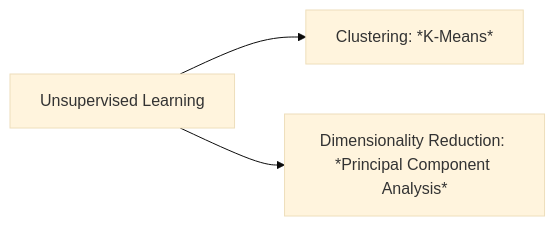
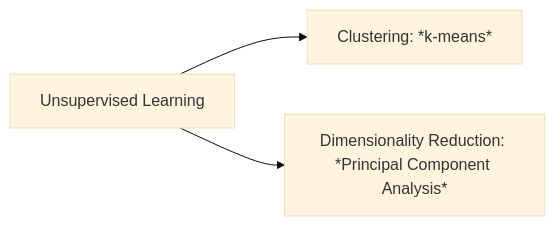
One commit to mciwing/mciwing.github.io changed the fourth of 4 diagrams in docs/data-science/algorithms/index.md. Above: the diagram before and after it, drawn with Mermaid (base theme). The commit also changed other lines of this file, not shown here.

````diff
--- a/docs/data-science/algorithms/index.md
+++ b/docs/data-science/algorithms/index.md
@@ -285,5 +312,5 @@
 ``` mermaid
 graph LR
- A[Unsupervised Learning] --> B[Clustering: *K-Means*];
+ A[Unsupervised Learning] --> B[Clustering: *k-means*];
  A --> C[Dimensionality Reduction: *Principal Component Analysis*];
 ```
````
